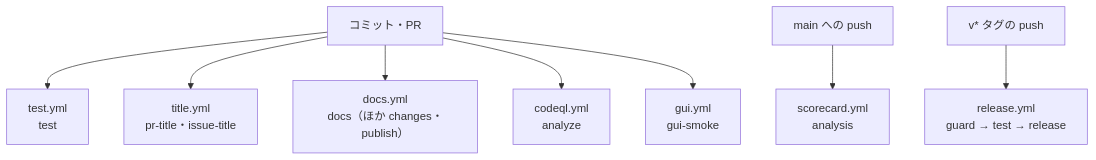
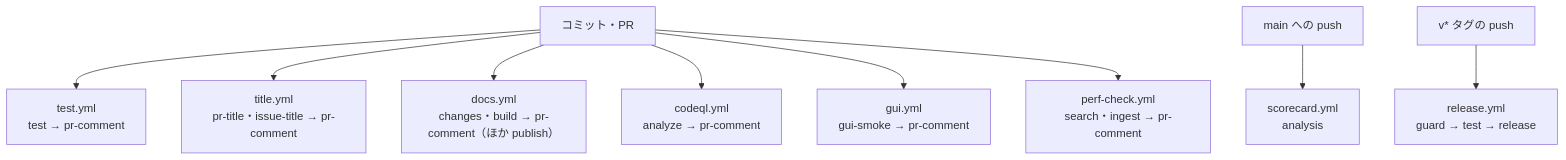
Before and after one commit to hsgwa/tebunko: the first of 2 diagrams in docs/design/testing/ci.md, drawn with Mermaid. The commit also changed other lines of this file and 14 other files, not shown here.

````diff
--- a/docs/design/testing/ci.md
+++ b/docs/design/testing/ci.md
@@ -5,10 +5,11 @@
 ```mermaid
 flowchart TD
-    C["コミット・PR"] --> T["test.yml<br>test"]
-    C --> TI["title.yml<br>pr-title・issue-title"]
-    C --> D["docs.yml<br>docs（ほか changes・publish）"]
-    C --> CQ["codeql.yml<br>analyze"]
-    C --> G["gui.yml<br>gui-smoke"]
+    C["コミット・PR"] --> T["test.yml<br>test → pr-comment"]
+    C --> TI["title.yml<br>pr-title・issue-title → pr-comment"]
+    C --> D["docs.yml<br>changes・build → pr-comment（ほか publish）"]
+    C --> CQ["codeql.yml<br>analyze → pr-comment"]
+    C --> G["gui.yml<br>gui-smoke → pr-comment"]
+    C --> PCK["perf-check.yml<br>search・ingest → pr-comment"]
     M["main への push"] --> SC["scorecard.yml<br>analysis"]
     TAG["v* タグの push"] --> R["release.yml<br>guard → test → release"]
 ```
````
